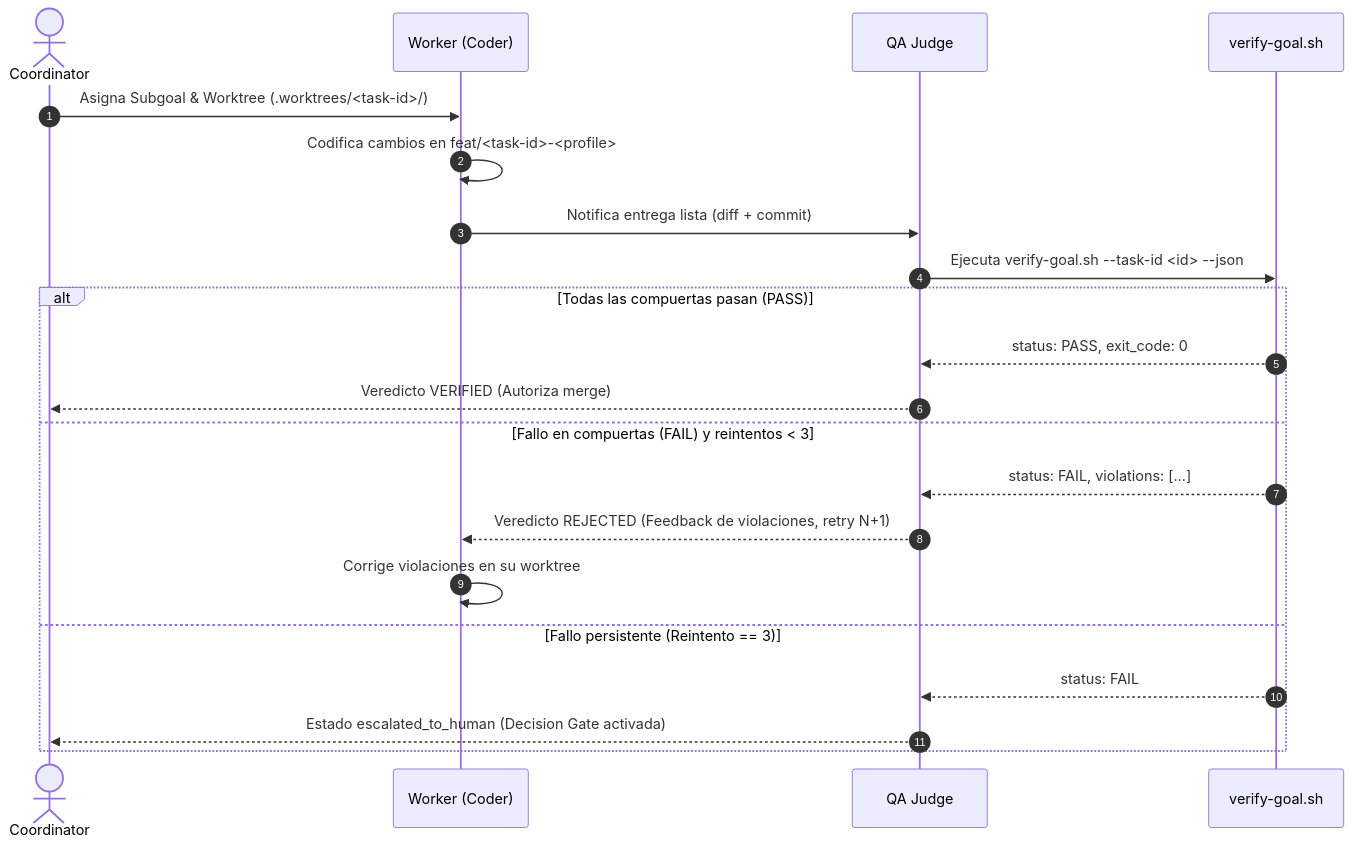
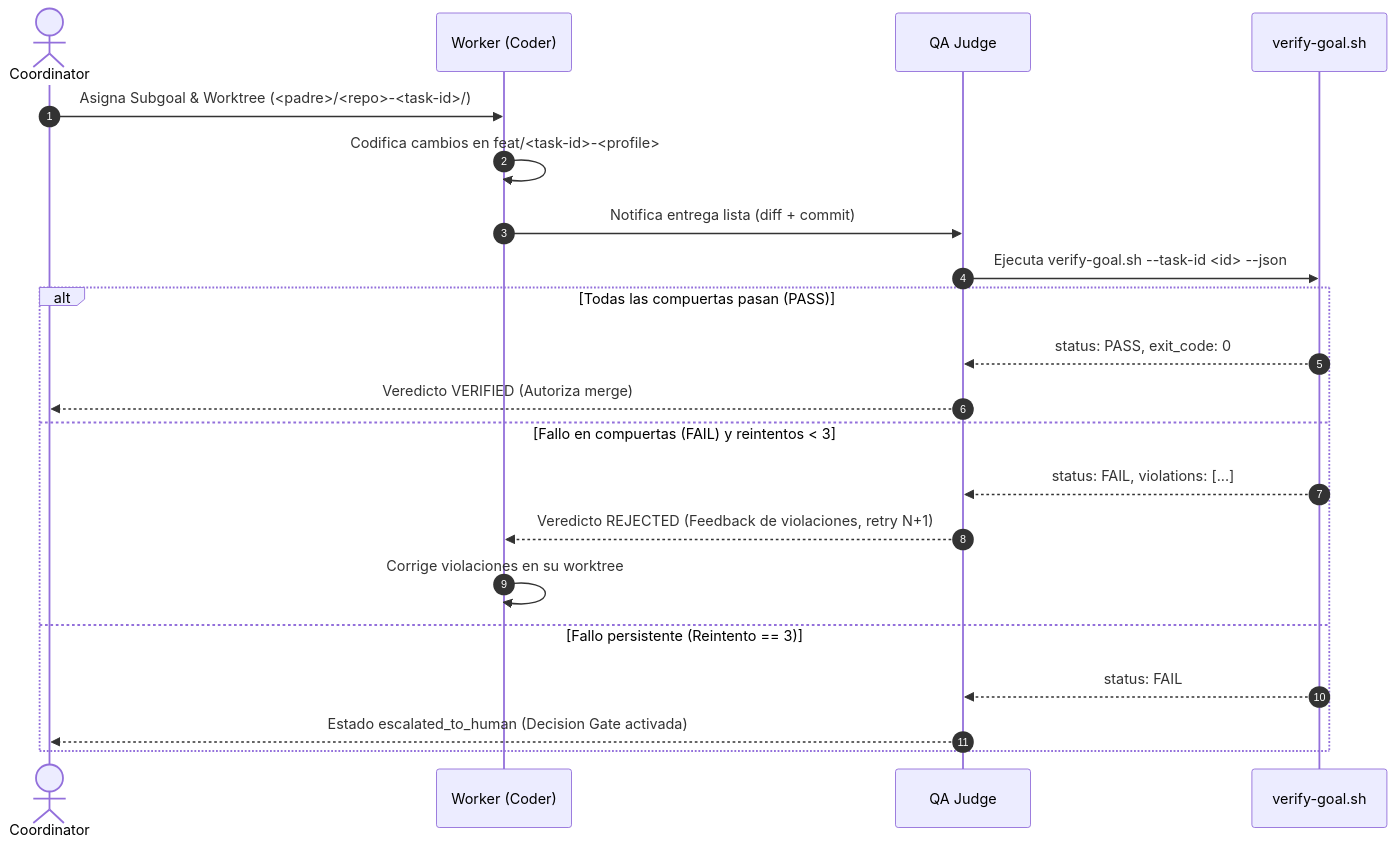
One commit to romensuarezr/agent-os changed the diagram in .agents/skills/goal-evaluation/SKILL.md. Above: the diagram before and after it, drawn with Mermaid. The commit also changed 9 other files, not shown here.

````diff
--- a/.agents/skills/goal-evaluation/SKILL.md
+++ b/.agents/skills/goal-evaluation/SKILL.md
@@ -37,24 +37,24 @@
 ```mermaid
 sequenceDiagram
     autonumber
     actor C as Coordinator
     participant W as Worker (Coder)
     participant J as QA Judge
     participant G as verify-goal.sh
 
-    C->>W: Asigna Subgoal & Worktree (.worktrees/<task-id>/)
+    C->>W: Asigna Subgoal & Worktree (<padre>/<repo>-<task-id>/)
     W->>W: Codifica cambios en feat/<task-id>-<profile>
     W->>J: Notifica entrega lista (diff + commit)
     J->>G: Ejecuta verify-goal.sh --task-id <id> --json
     alt Todas las compuertas pasan (PASS)
         G-->>J: status: PASS, exit_code: 0
         J-->>C: Veredicto VERIFIED (Autoriza merge)
     else Fallo en compuertas (FAIL) y reintentos < 3
         G-->>J: status: FAIL, violations: [...]
         J-->>W: Veredicto REJECTED (Feedback de violaciones, retry N+1)
         W->>W: Corrige violaciones en su worktree
     else Fallo persistente (Reintento == 3)
         G-->>J: status: FAIL
         J-->>C: Estado escalated_to_human (Decision Gate activada)
     end
 ```
````
